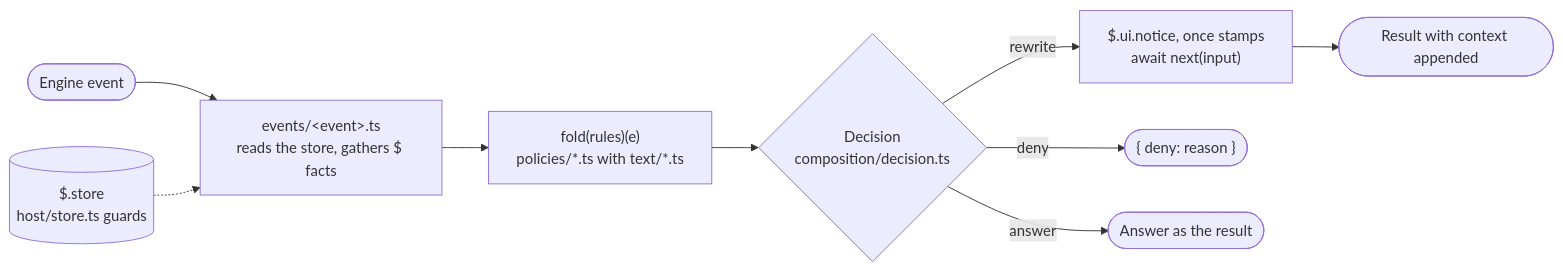
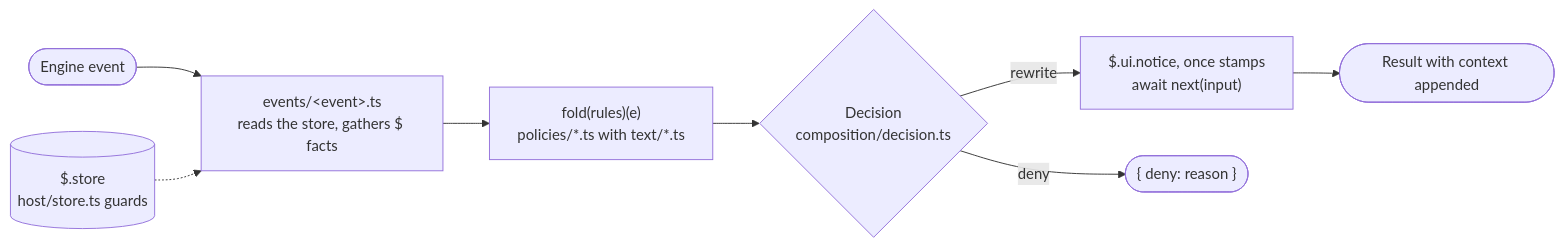
Before and after one commit to bsamiee/Rasm: the diagram in .claude/plugins/function-hooks/README.md, drawn with Mermaid. The commit also changed other lines of this file and 78 other files, not shown here.

````diff
--- a/.claude/plugins/function-hooks/README.md
+++ b/.claude/plugins/function-hooks/README.md
@@ -49,11 +43,10 @@
 ```mermaid
 flowchart LR
     event([Engine event]) --> adapter["events/&lt;event&gt;.ts<br>reads the store, gathers $ facts"]
     store[("$.store<br>host/store.ts guards")] -.-> adapter
     adapter --> fold["fold(rules)(e)<br>policies/*.ts with text/*.ts"]
     fold --> decision{"Decision<br>composition/decision.ts"}
     decision -->|rewrite| next["$.ui.notice, once stamps<br>await next(input)"]
     next --> result([Result with context appended])
     decision -->|deny| deny(["{ deny: reason }"])
-    decision -->|answer| answer([Answer as the result])
 ```
````
